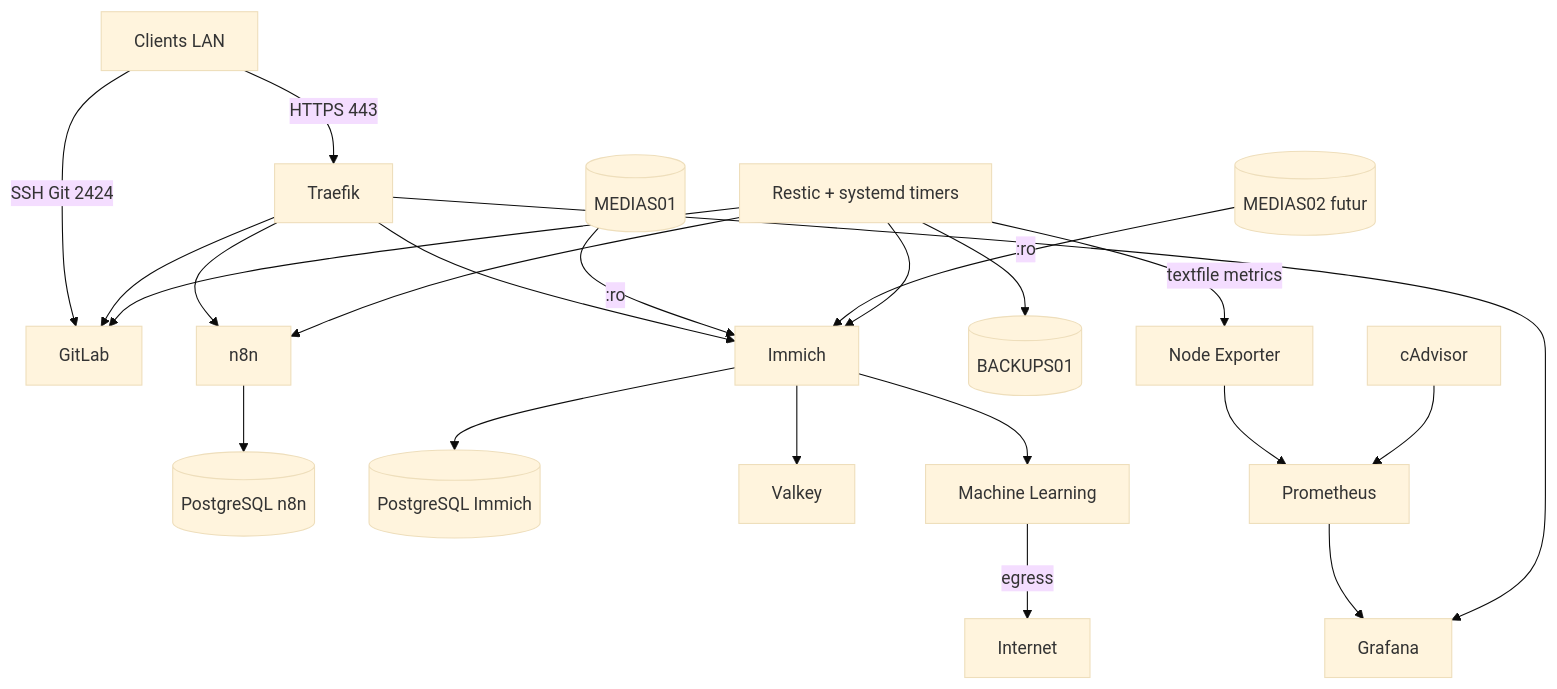
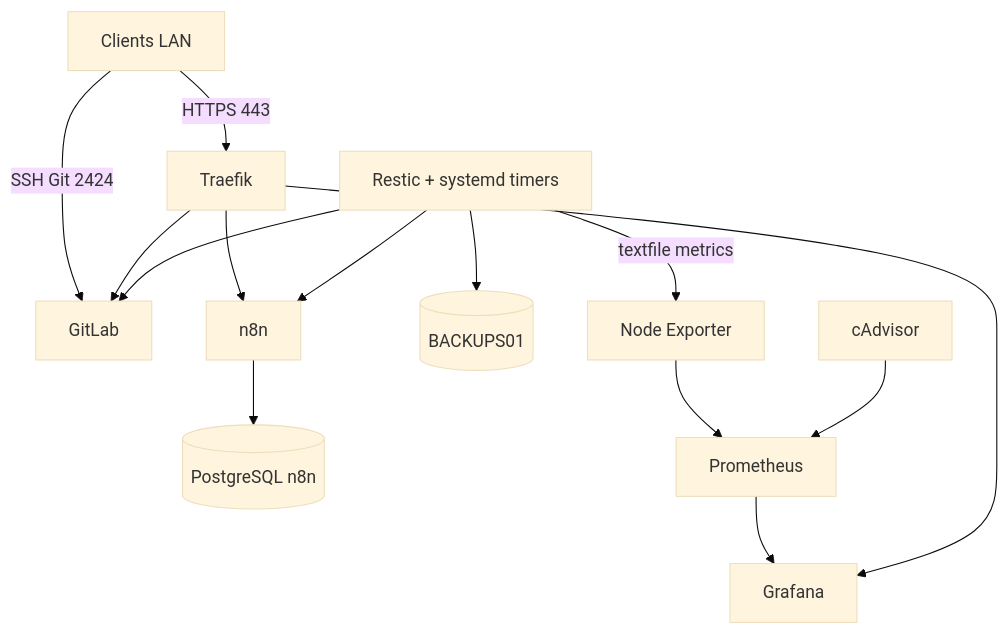
The diagram in docs/architecture/overview.md (htaleb-git/platform-forge), drawn with Mermaid (base theme) before and after one commit. The commit also changed other lines of this file and 11 other files, not shown here.

````diff
--- a/docs/architecture/overview.md
+++ b/docs/architecture/overview.md
@@ -5,29 +5,20 @@
 ```mermaid
 flowchart TB
     U[Clients LAN] -->|HTTPS 443| T[Traefik]
     U -->|SSH Git 2424| G[GitLab]
 
     T --> N[n8n]
     T --> G
-    T --> I[Immich]
 
     N --> NP[(PostgreSQL n8n)]
-    I --> IP[(PostgreSQL Immich)]
-    I --> IV[Valkey]
-    I --> ML[Machine Learning]
-    ML -->|egress| NET[Internet]
-
-    M1[(MEDIAS01)] -->|:ro| I
-    M2[(MEDIAS02 futur)] -->|:ro| I
 
     B[Restic + systemd timers] --> BD[(BACKUPS01)]
 
     NE[Node Exporter] --> P[Prometheus]
     CA[cAdvisor] --> P
     B -->|textfile metrics| NE
     P --> GR[Grafana]
     T --> GR
     B --> N
     B --> G
-    B --> I
 ```
````
